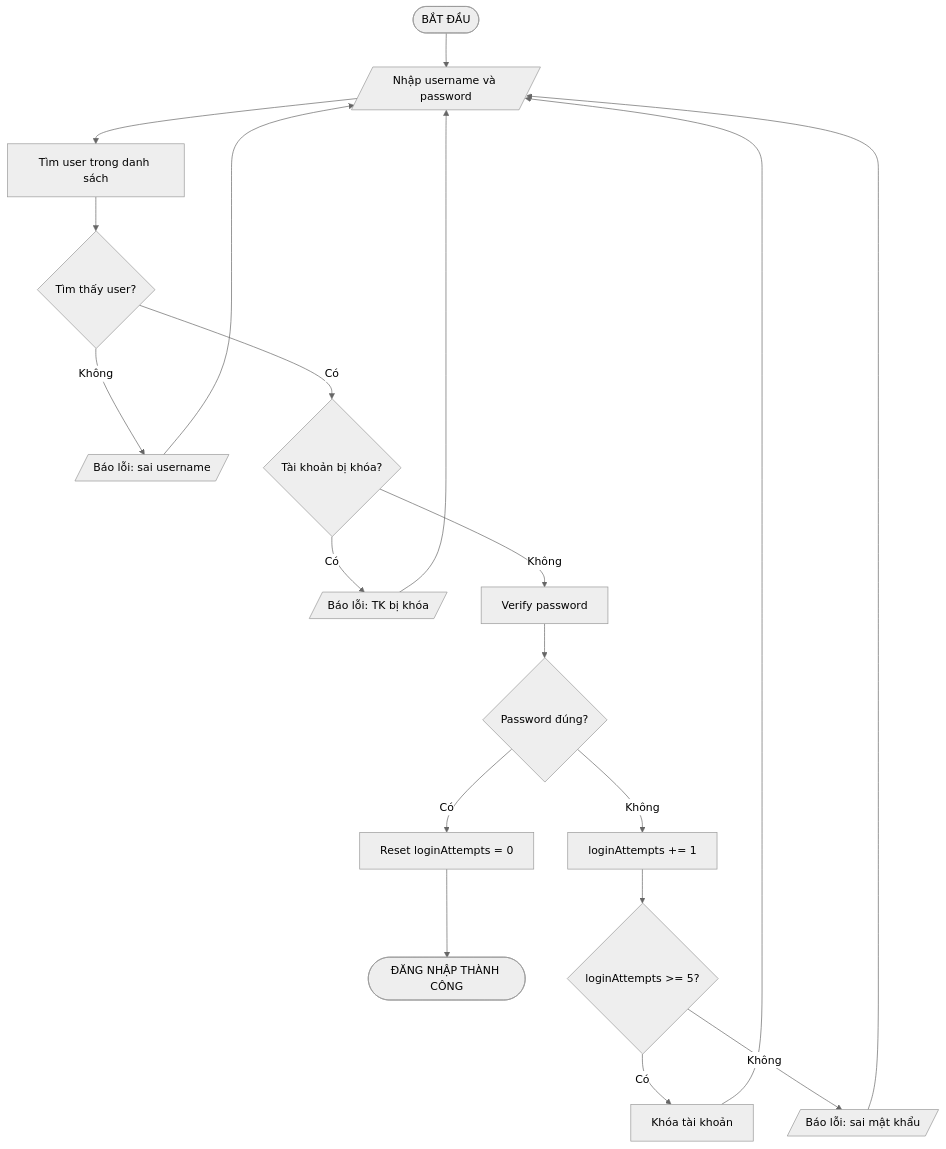
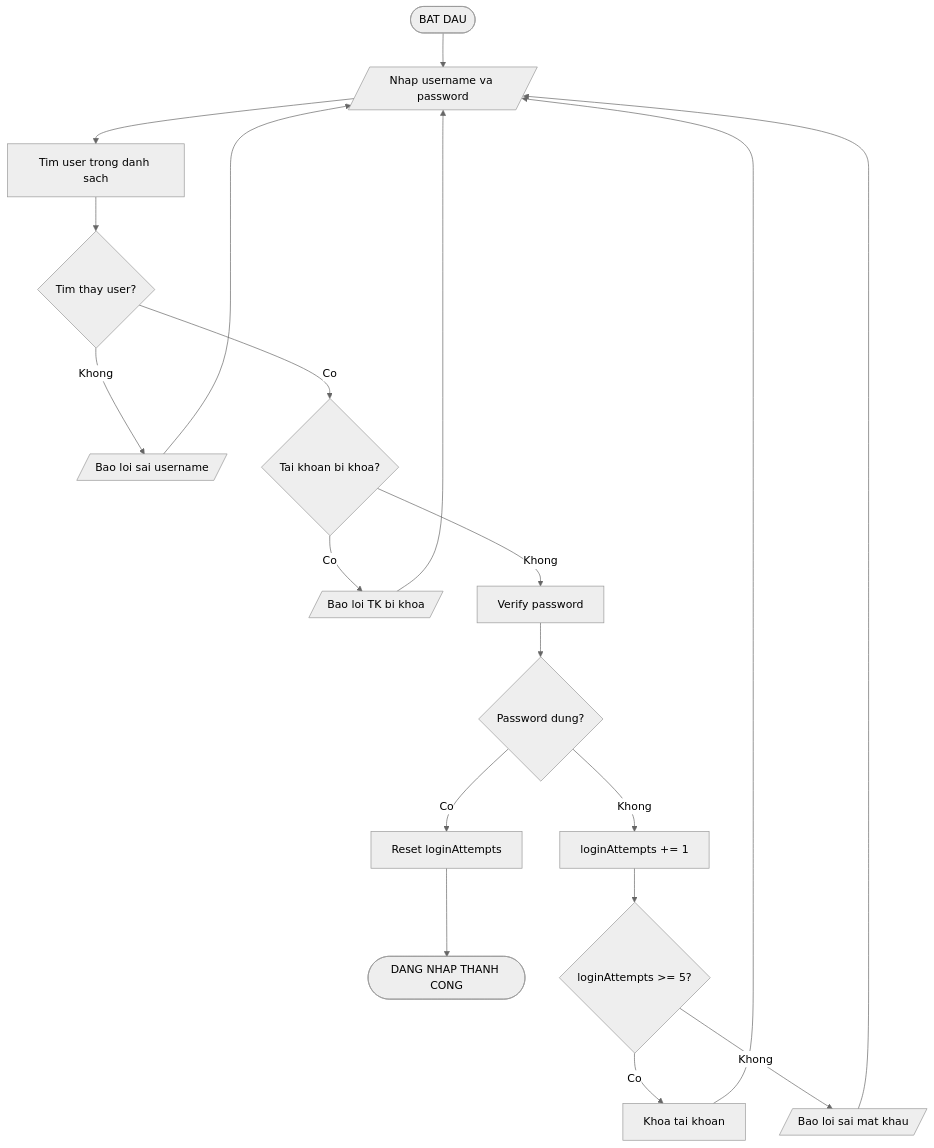
The second of 20 diagrams in docs/Flowcharts/Flowcharts.md (phucphuc2006/pro-192), drawn with Mermaid (neutral theme) before and after one commit. The commit also changed other lines of this file, not shown here.

Commit message:
Fix Mermaid syntax for GitHub compatibility

````diff
--- a/docs/Flowcharts/Flowcharts.md
+++ b/docs/Flowcharts/Flowcharts.md
@@ -33,21 +33,21 @@
 ```mermaid
 flowchart TD
-    A([BẮT ĐẦU]) --> B[/Nhập username và password/]
-    B --> C[Tìm user trong danh sách]
-    C --> D{Tìm thấy user?}
-    D -->|Không| E[/Báo lỗi: sai username/]
+    A([BAT DAU]) --> B[/Nhap username va password/]
+    B --> C[Tim user trong danh sach]
+    C --> D{Tim thay user?}
+    D -->|Khong| E[/Bao loi sai username/]
     E --> B
-    D -->|Có| F{Tài khoản bị khóa?}
-    F -->|Có| G[/Báo lỗi: TK bị khóa/]
+    D -->|Co| F{Tai khoan bi khoa?}
+    F -->|Co| G[/Bao loi TK bi khoa/]
     G --> B
-    F -->|Không| H[Verify password]
-    H --> I{Password đúng?}
-    I -->|Có| J[Reset loginAttempts = 0]
-    J --> K([ĐĂNG NHẬP THÀNH CÔNG])
-    I -->|Không| L[loginAttempts += 1]
+    F -->|Khong| H[Verify password]
+    H --> I{Password dung?}
+    I -->|Co| J[Reset loginAttempts]
+    J --> K([DANG NHAP THANH CONG])
+    I -->|Khong| L[loginAttempts += 1]
     L --> M{loginAttempts >= 5?}
-    M -->|Có| N[Khóa tài khoản]
+    M -->|Co| N[Khoa tai khoan]
     N --> B
-    M -->|Không| O[/Báo lỗi: sai mật khẩu/]
+    M -->|Khong| O[/Bao loi sai mat khau/]
     O --> B
 ```
````
